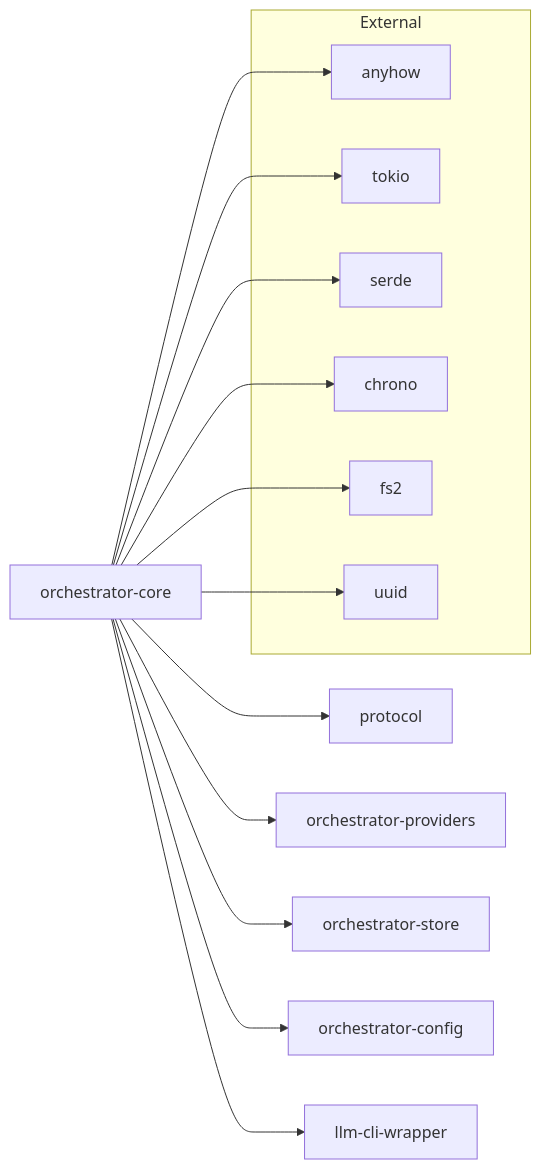
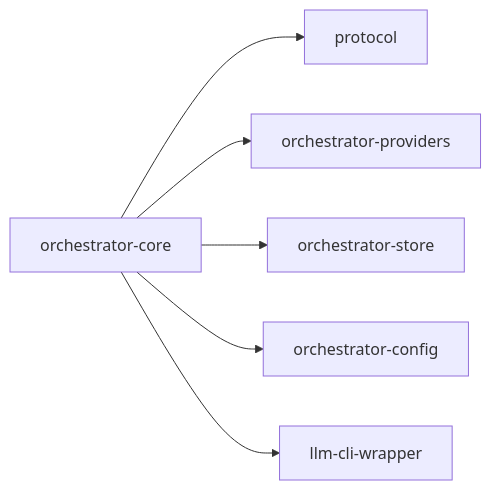
Before and after one commit to launchapp-dev/animus-cli: the second of 2 diagrams in crates/orchestrator-core/README.md, drawn with Mermaid. The commit also changed other lines of this file and 15 other files, not shown here.

````diff
--- a/crates/orchestrator-core/README.md
+++ b/crates/orchestrator-core/README.md
@@ -220,32 +108,15 @@
 ```mermaid
 graph LR
-    OC[orchestrator-core]
+    CORE["orchestrator-core"]
+    PROTO["protocol"]
+    PROVIDERS["orchestrator-providers"]
+    STORE["orchestrator-store"]
+    CFG["orchestrator-config"]
+    WRAP["llm-cli-wrapper"]
 
-    P[protocol]
-    OP[orchestrator-providers]
-    OS[orchestrator-store]
-    OCFG[orchestrator-config]
-    LCW[llm-cli-wrapper]
-
-    OC --> P
-    OC --> OP
-    OC --> OS
-    OC --> OCFG
-    OC --> LCW
-
-    subgraph "External"
-        anyhow
-        tokio
-        serde
-        chrono
-        fs2
-        uuid
-    end
-
-    OC --> anyhow
-    OC --> tokio
-    OC --> serde
-    OC --> chrono
-    OC --> fs2
-    OC --> uuid
+    CORE --> PROTO
+    CORE --> PROVIDERS
+    CORE --> STORE
+    CORE --> CFG
+    CORE --> WRAP
 ```
````
